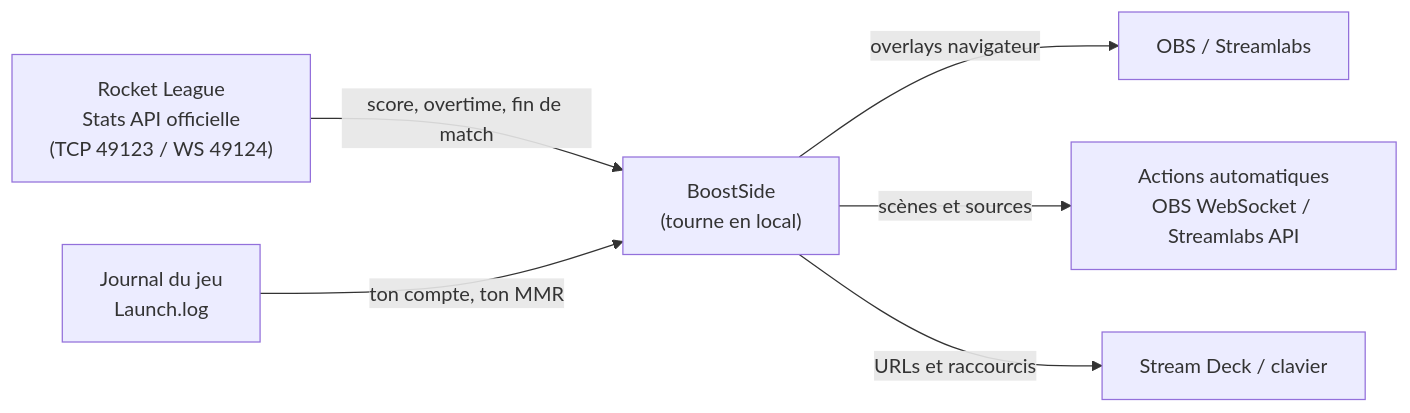
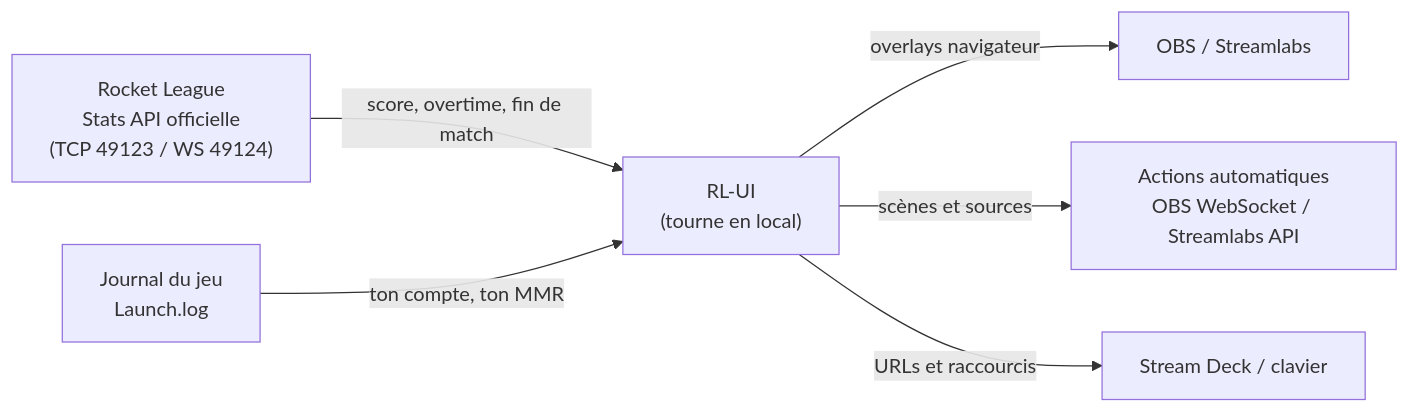
Before and after one commit to MaximeKwk/rl-ui: the diagram in README.md, drawn with Mermaid. The commit also changed other lines of this file and 28 other files, not shown here.

````diff
--- a/README.md
+++ b/README.md
@@ -71,8 +71,8 @@
 ```mermaid
 flowchart LR
     RL["Rocket League<br/>Stats API officielle<br/>(TCP 49123 / WS 49124)"] -->|score, overtime, fin de match| BS
     LOG["Journal du jeu<br/>Launch.log"] -->|ton compte, ton MMR| BS
-    BS["BoostSide<br/>(tourne en local)"] -->|overlays navigateur| STREAM["OBS / Streamlabs"]
+    BS["RL-UI<br/>(tourne en local)"] -->|overlays navigateur| STREAM["OBS / Streamlabs"]
     BS -->|scènes et sources| ACT["Actions automatiques<br/>OBS WebSocket / Streamlabs API"]
     BS -->|URLs et raccourcis| DECK["Stream Deck / clavier"]
 ```
````
